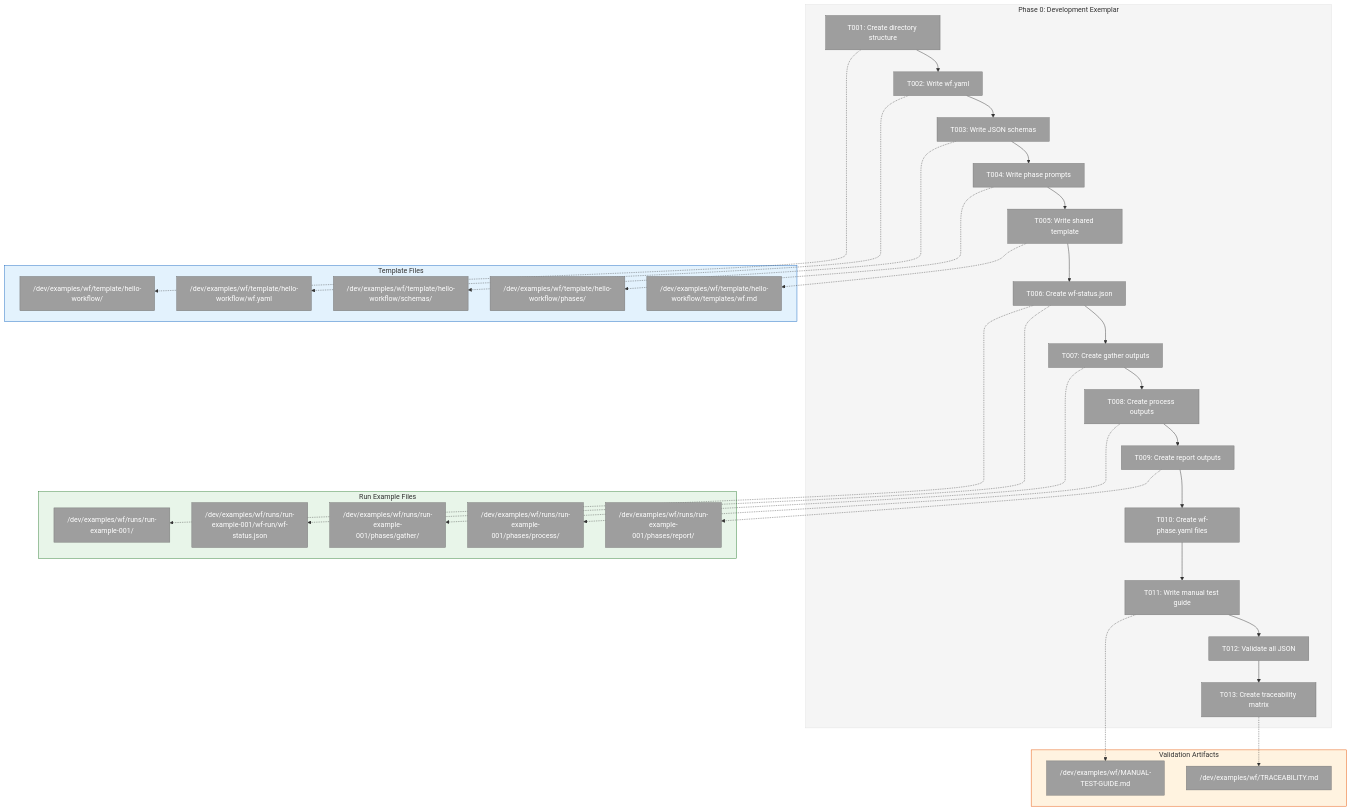
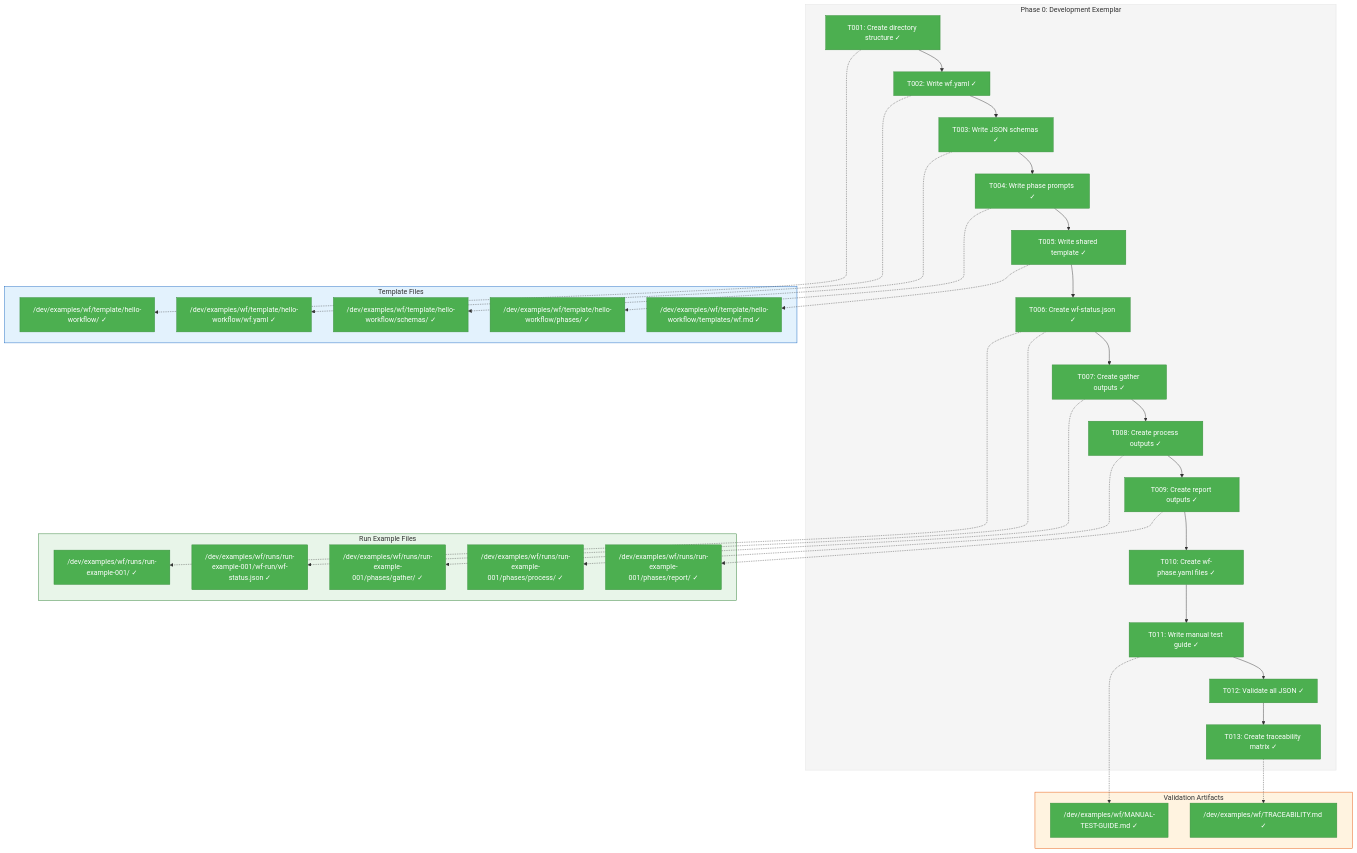
Before and after one commit to AI-Substrate/chainglass: the first of 5 diagrams in docs/plans/003-wf-basics/tasks/phase-0-development-exemplar/tasks.md, drawn with Mermaid. The commit also changed other lines of this file and 228 other files, not shown here.

First line of the commit message:
feat: Message communication system design for workflow phases (#4)

````diff
--- a/docs/plans/003-wf-basics/tasks/phase-0-development-exemplar/tasks.md
+++ b/docs/plans/003-wf-basics/tasks/phase-0-development-exemplar/tasks.md
@@ -98,75 +98,75 @@
 ```mermaid
 flowchart TD
     classDef pending fill:#9E9E9E,stroke:#757575,color:#fff
     classDef inprogress fill:#FF9800,stroke:#F57C00,color:#fff
     classDef completed fill:#4CAF50,stroke:#388E3C,color:#fff
     classDef blocked fill:#F44336,stroke:#D32F2F,color:#fff
 
     style Phase fill:#F5F5F5,stroke:#E0E0E0
     style Template fill:#E3F2FD,stroke:#1565C0
     style Run fill:#E8F5E9,stroke:#2E7D32
     style Validation fill:#FFF3E0,stroke:#E65100
 
     subgraph Phase["Phase 0: Development Exemplar"]
-        T001["T001: Create directory structure"]:::pending
-        T002["T002: Write wf.yaml"]:::pending
-        T003["T003: Write JSON schemas"]:::pending
-        T004["T004: Write phase prompts"]:::pending
-        T005["T005: Write shared template"]:::pending
-        T006["T006: Create wf-status.json"]:::pending
-        T007["T007: Create gather outputs"]:::pending
-        T008["T008: Create process outputs"]:::pending
-        T009["T009: Create report outputs"]:::pending
-        T010["T010: Create wf-phase.yaml files"]:::pending
-        T011["T011: Write manual test guide"]:::pending
-        T012["T012: Validate all JSON"]:::pending
-        T013["T013: Create traceability matrix"]:::pending
+        T001["T001: Create directory structure ✓"]:::completed
+        T002["T002: Write wf.yaml ✓"]:::completed
+        T003["T003: Write JSON schemas ✓"]:::completed
+        T004["T004: Write phase prompts ✓"]:::completed
+        T005["T005: Write shared template ✓"]:::completed
+        T006["T006: Create wf-status.json ✓"]:::completed
+        T007["T007: Create gather outputs ✓"]:::completed
+        T008["T008: Create process outputs ✓"]:::completed
+        T009["T009: Create report outputs ✓"]:::completed
+        T010["T010: Create wf-phase.yaml files ✓"]:::completed
+        T011["T011: Write manual test guide ✓"]:::completed
+        T012["T012: Validate all JSON ✓"]:::completed
+        T013["T013: Create traceability matrix ✓"]:::completed
 
         T001 --> T002
         T002 --> T003
         T003 --> T004
         T004 --> T005
         T005 --> T006
         T006 --> T007
         T007 --> T008
         T008 --> T009
         T009 --> T010
         T010 --> T011
         T011 --> T012
         T012 --> T013
     end
 
     subgraph Template["Template Files"]
-        F1["/dev/examples/wf/template/hello-workflow/"]:::pending
-        F2["/dev/examples/wf/template/hello-workflow/wf.yaml"]:::pending
-        F3["/dev/examples/wf/template/hello-workflow/schemas/"]:::pending
-        F4["/dev/examples/wf/template/hello-workflow/phases/"]:::pending
-        F5["/dev/examples/wf/template/hello-workflow/templates/wf.md"]:::pending
+        F1["/dev/examples/wf/template/hello-workflow/ ✓"]:::completed
+        F2["/dev/examples/wf/template/hello-workflow/wf.yaml ✓"]:::completed
+        F3["/dev/examples/wf/template/hello-workflow/schemas/ ✓"]:::completed
+        F4["/dev/examples/wf/template/hello-workflow/phases/ ✓"]:::completed
+        F5["/dev/examples/wf/template/hello-workflow/templates/wf.md ✓"]:::completed
     end
 
     subgraph Run["Run Example Files"]
-        F6["/dev/examples/wf/runs/run-example-001/"]:::pending
-        F7["/dev/examples/wf/runs/run-example-001/wf-run/wf-status.json"]:::pending
-        F8["/dev/examples/wf/runs/run-example-001/phases/gather/"]:::pending
-        F9["/dev/examples/wf/runs/run-example-001/phases/process/"]:::pending
-        F10["/dev/examples/wf/runs/run-example-001/phases/report/"]:::pending
+        F6["/dev/examples/wf/runs/run-example-001/ ✓"]:::completed
+        F7["/dev/examples/wf/runs/run-example-001/wf-run/wf-status.json ✓"]:::completed
+        F8["/dev/examples/wf/runs/run-example-001/phases/gather/ ✓"]:::completed
+        F9["/dev/examples/wf/runs/run-example-001/phases/process/ ✓"]:::completed
+        F10["/dev/examples/wf/runs/run-example-001/phases/report/ ✓"]:::completed
     end
 
     subgraph Validation["Validation Artifacts"]
-        F11["/dev/examples/wf/MANUAL-TEST-GUIDE.md"]:::pending
-        F12["/dev/examples/wf/TRACEABILITY.md"]:::pending
+        F11["/dev/examples/wf/MANUAL-TEST-GUIDE.md ✓"]:::completed
+        F12["/dev/examples/wf/TRACEABILITY.md ✓"]:::completed
     end
 
     T001 -.-> F1
     T002 -.-> F2
     T003 -.-> F3
     T004 -.-> F4
     T005 -.-> F5
     T006 -.-> F6
     T006 -.-> F7
     T007 -.-> F8
     T008 -.-> F9
     T009 -.-> F10
     T011 -.-> F11
     T013 -.-> F12
 ```
````
